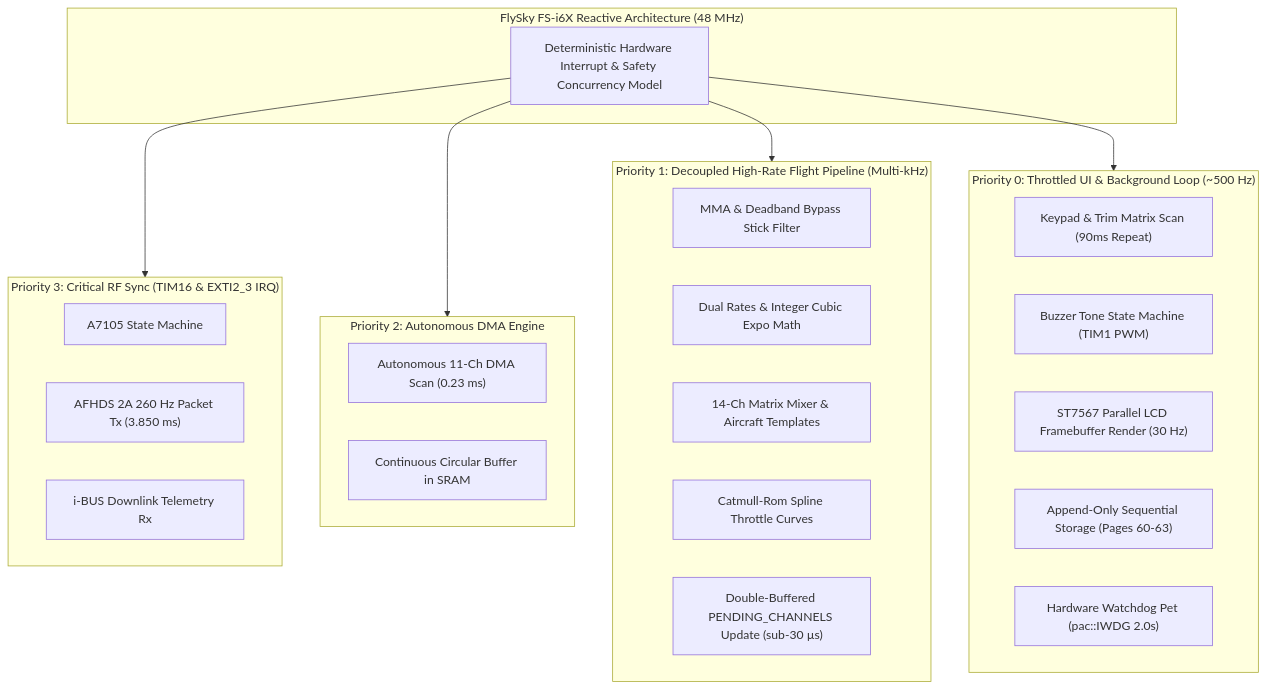
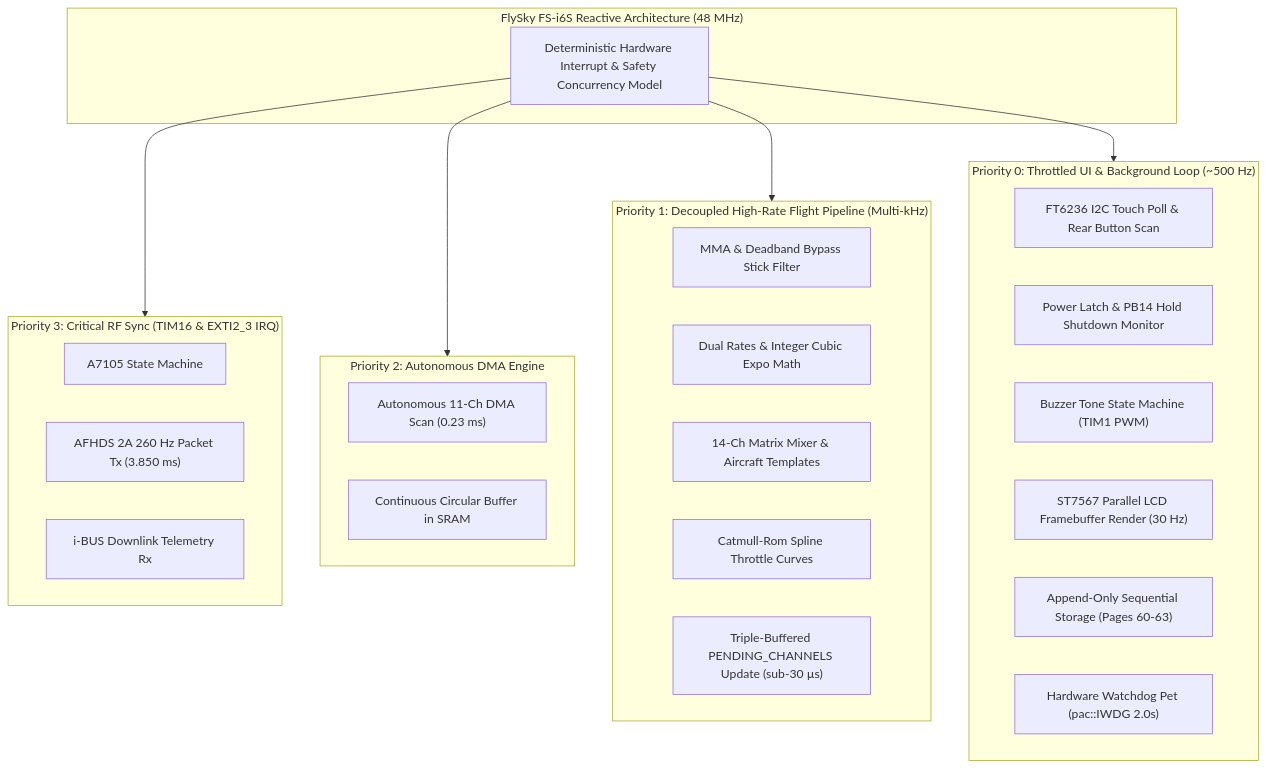
Before and after one commit to ferrox-rc/flysky-i6s-rs: the diagram in README.md, drawn with Mermaid. The commit also changed other lines of this file and 28 other files, not shown here.

Commit message:
feat: implement FlySky FS-i6S hardware support and overhaul documentation

````diff
--- a/README.md
+++ b/README.md
@@ -60,38 +68,39 @@
 ```mermaid
 flowchart TD
-    subgraph Core ["FlySky FS-i6X Reactive Architecture (48 MHz)"]
+    subgraph Core ["FlySky FS-i6S Reactive Architecture (48 MHz)"]
         SCHED["Deterministic Hardware Interrupt & Safety Concurrency Model"]
     end
 
     subgraph P3 ["Priority 3: Critical RF Sync (TIM16 & EXTI2_3 IRQ)"]
         RF1["A7105 State Machine"]
         RF2["AFHDS 2A 260 Hz Packet Tx (3.850 ms)"]
         RF3["i-BUS Downlink Telemetry Rx"]
     end
 
     subgraph P2 ["Priority 2: Autonomous DMA Engine"]
         ADC1["Autonomous 11-Ch DMA Scan (0.23 ms)"]
         ADC2["Continuous Circular Buffer in SRAM"]
     end
 
     subgraph P1 ["Priority 1: Decoupled High-Rate Flight Pipeline (Multi-kHz)"]
         FL1["MMA & Deadband Bypass Stick Filter"]
         FL2["Dual Rates & Integer Cubic Expo Math"]
         FL3["14-Ch Matrix Mixer & Aircraft Templates"]
         FL4["Catmull-Rom Spline Throttle Curves"]
-        FL5["Double-Buffered PENDING_CHANNELS Update (sub-30 µs)"]
+        FL5["Triple-Buffered PENDING_CHANNELS Update (sub-30 µs)"]
     end
 
     subgraph P0 ["Priority 0: Throttled UI & Background Loop (~500 Hz)"]
-        UI1["Keypad & Trim Matrix Scan (90ms Repeat)"]
-        UI2["Buzzer Tone State Machine (TIM1 PWM)"]
-        UI3["ST7567 Parallel LCD Framebuffer Render (30 Hz)"]
-        UI4["Append-Only Sequential Storage (Pages 60-63)"]
-        UI5["Hardware Watchdog Pet (pac::IWDG 2.0s)"]
+        UI1["FT6236 I2C Touch Poll & Rear Button Scan"]
+        UI2["Power Latch & PB14 Hold Shutdown Monitor"]
+        UI3["Buzzer Tone State Machine (TIM1 PWM)"]
+        UI4["ST7567 Parallel LCD Framebuffer Render (30 Hz)"]
+        UI5["Append-Only Sequential Storage (Pages 60-63)"]
+        UI6["Hardware Watchdog Pet (pac::IWDG 2.0s)"]
     end
 
     SCHED --> P3
     SCHED --> P2
     SCHED --> P1
     SCHED --> P0
 ```
````
